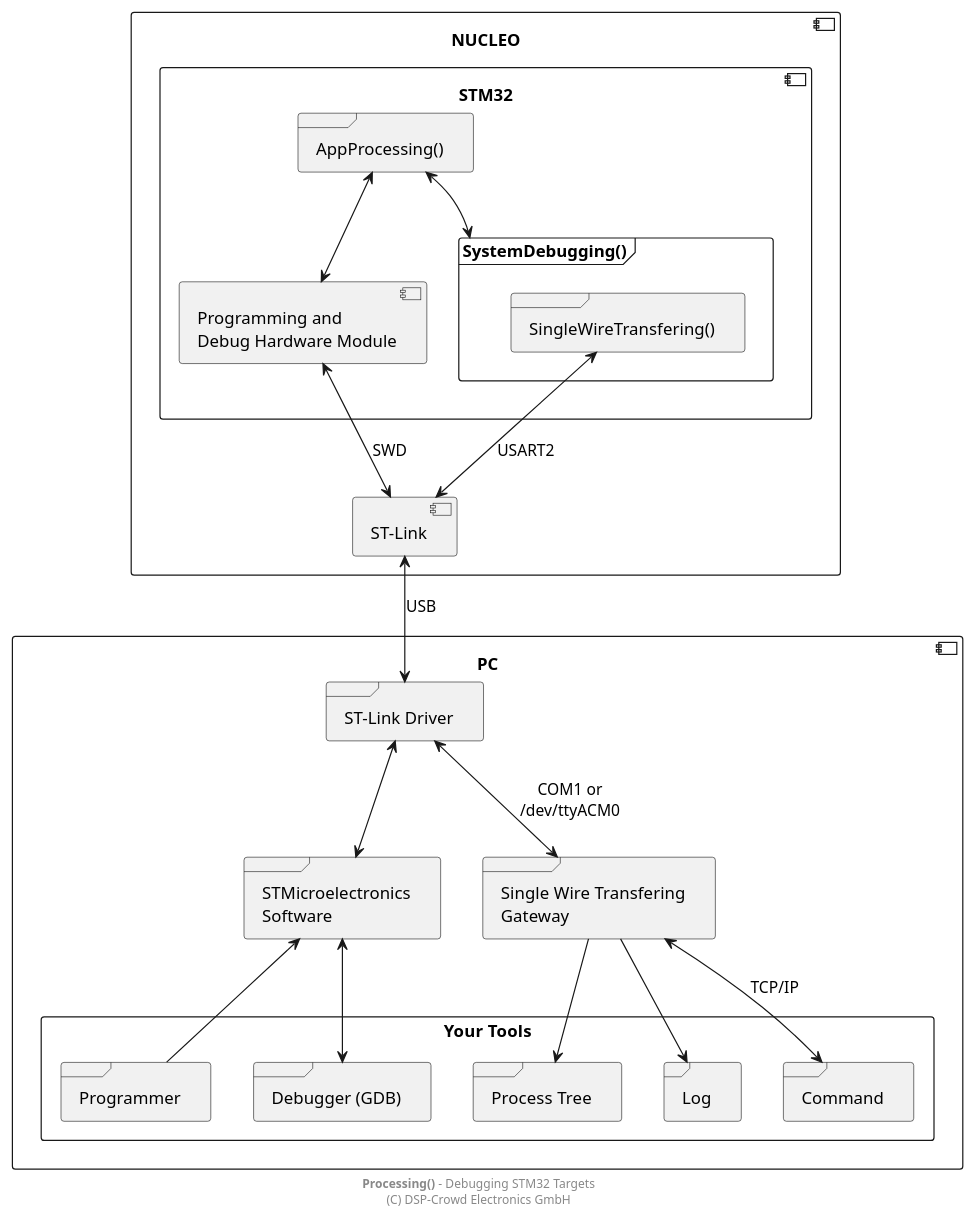
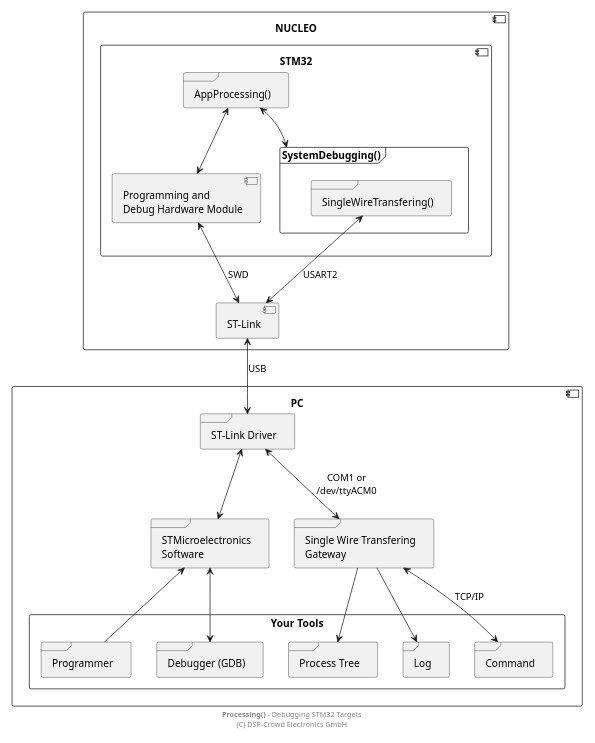
The diagram in doc/system/stm32-uart_3.pu (NoOrientationProgramming/hello-world-stm32), drawn with PlantUML before and after one commit. The commit also changed 1 other file, not shown here.

```diff
--- a/doc/system/stm32-uart_3.pu
+++ b/doc/system/stm32-uart_3.pu
@@ -2,63 +2,64 @@
 @startuml
 
 ' skinparam linetype ortho
+scale 0.6
 
 component "NUCLEO" as pNuc {
 
   component "STM32" {
 
     frame "AppProcessing()" as pApp
 
     frame "SystemDebugging()" as pSysDbg {
       frame "SingleWireTransfering()" as pSwt
     }
 
     component "Programming and\nDebug Hardware Module" as pHwDbg
 
     pApp <--> pHwDbg
     pApp <--> pSysDbg
   }
 
   component "ST-Link" as pStLink
 
   pSwt <--> pStLink : USART2
   pHwDbg <--> pStLink : SWD
 }
 
 component PC as pPc {
 
   frame "ST-Link Driver" as pDrv
 
   frame "Single Wire Transfering\nGateway" as pGw
   frame "STMicroelectronics\nSoftware" as pStSw
 
   rectangle "Your Tools" as pTools {
 
     frame "Programmer" as pProg
     frame "Debugger (GDB)" as pDbg
 
     frame "Process Tree" as pTree
     frame "Log" as pLog
     frame "Command" as pCmd
     ' frame "Custom\nChannels" as pCustom
   }
 
   pDrv <--> pStSw
   pDrv <--> pGw : "COM1 or\n/dev/ttyACM0"
 
   pGw --> pTree
   pGw --> pLog
   pGw <--> pCmd : "TCP/IP"
   ' pGw <--> pCustom
 
   pStSw <-- pProg
   pStSw <--> pDbg
 
   pStSw -r[hidden]- pGw
 }
 
 pStLink <--> pDrv : USB
 
 footer **Processing()** - Debugging STM32 Targets\n(C) DSP-Crowd Electronics GmbH
 
 @enduml
```
